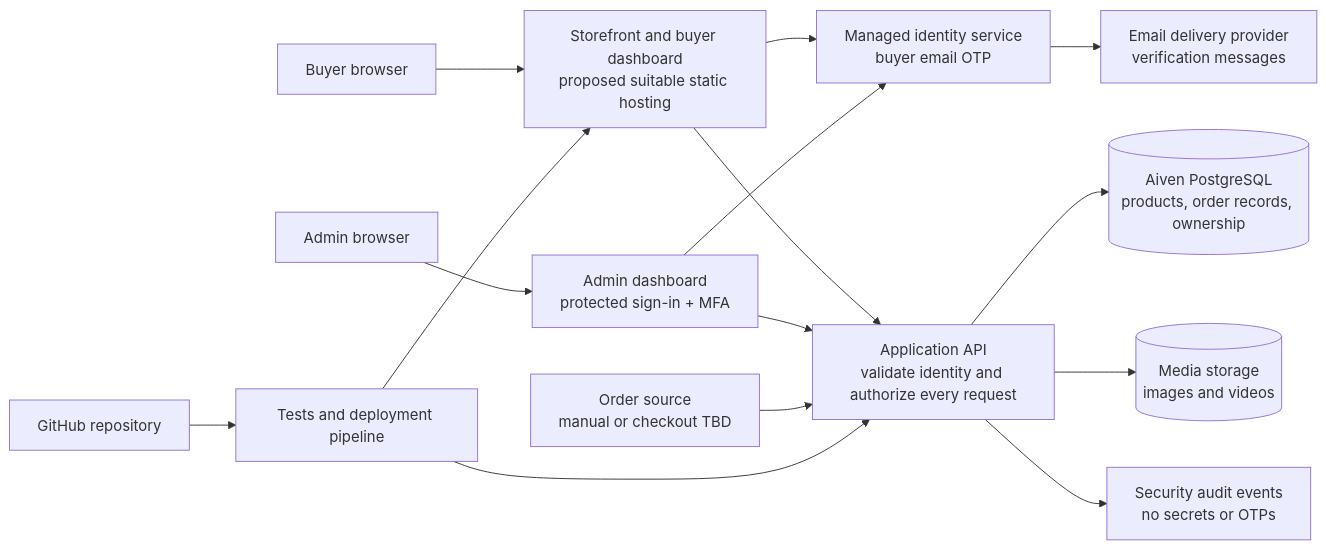
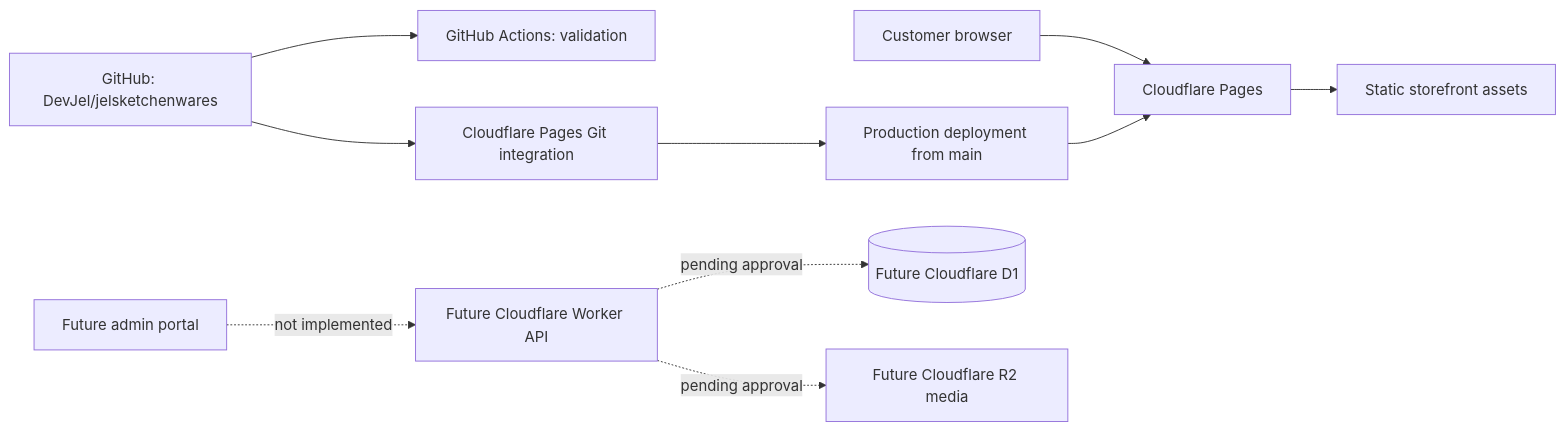
Before and after one commit to DevJel/jelsketchenwares: the diagram in docs/store-platform-plan.md, drawn with Mermaid. The commit also changed other lines of this file, not shown here.

Commit message:
Replace Aiven proposal with Cloudflare Pages architecture

````diff
--- a/docs/store-platform-plan.md
+++ b/docs/store-platform-plan.md
@@ -22,17 +24,12 @@
 ```mermaid
 flowchart LR
-    Buyer[Buyer browser] --> Web[Storefront and buyer dashboard\nproposed suitable static hosting]
-    Admin[Admin browser] --> AdminUI[Admin dashboard\nprotected sign-in + MFA]
-    Web --> Auth[Managed identity service\nbuyer email OTP]
-    AdminUI --> Auth
-    Auth --> Mail[Email delivery provider\nverification messages]
-    Web --> API[Application API\nvalidate identity and authorize every request]
-    AdminUI --> API
-    API --> DB[(Aiven PostgreSQL\nproducts, order records, ownership)]
-    API --> Media[(Media storage\nimages and videos)]
-    API --> Audit[Security audit events\nno secrets or OTPs]
-    Orders[Order source\nmanual or checkout TBD] --> API
-    Repo[GitHub repository] --> CI[Tests and deployment pipeline]
-    CI --> Web
-    CI --> API
+    Buyer[Customer browser] --> Pages[Cloudflare Pages]
+    Pages --> Static[Static storefront assets]
+    Repo[GitHub: DevJel/jelsketchenwares] --> CI[GitHub Actions: validation]
+    Repo --> CF[Cloudflare Pages Git integration]
+    CF --> Deploy[Production deployment from main]
+    Deploy --> Pages
+    Admin[Future admin portal] -. not implemented .-> API[Future Cloudflare Worker API]
+    API -. pending approval .-> DB[(Future Cloudflare D1)]
+    API -. pending approval .-> R2[Future Cloudflare R2 media]
 ```
````
